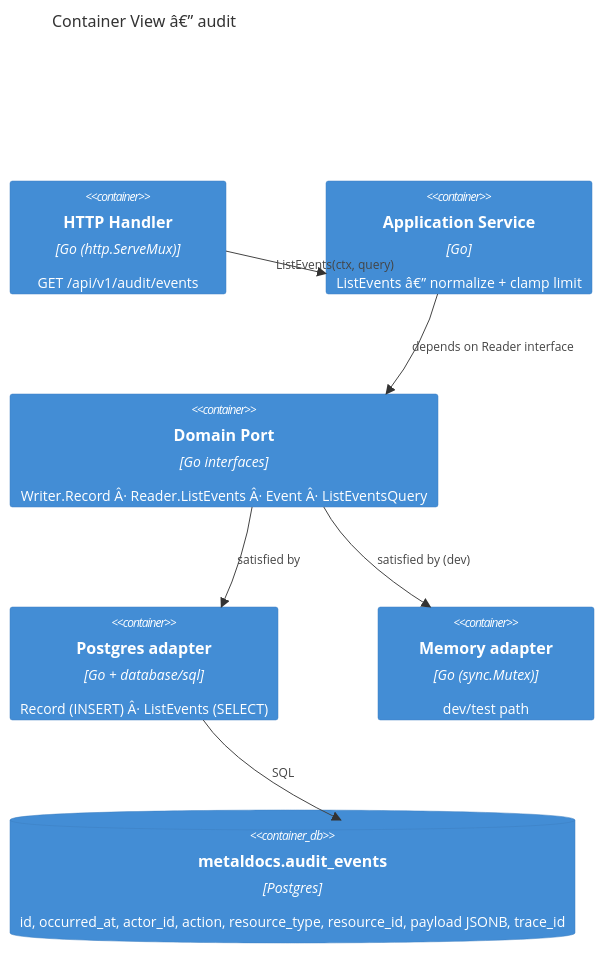
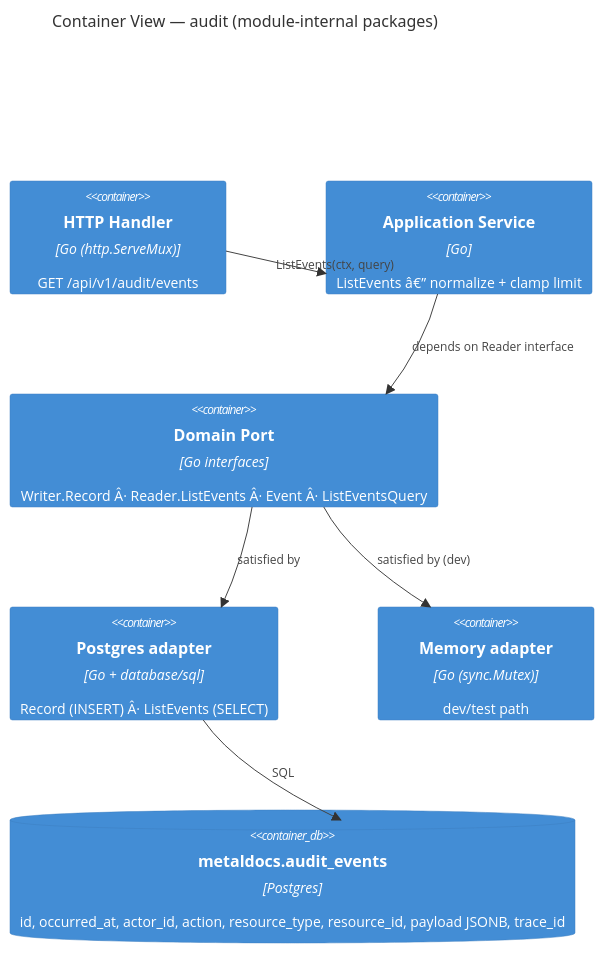
Before and after one commit to developmentconexus-ops/MetalDocs: the second of 5 diagrams in wiki/modules/audit.md, drawn with Mermaid. The commit also changed other lines of this file and 167 other files, not shown here.

````diff
--- a/wiki/modules/audit.md
+++ b/wiki/modules/audit.md
@@ -116,15 +120,15 @@
 ```mermaid
 C4Container
-    title Container View â€” audit
+    title Container View — audit (module-internal packages)
     Container(http, "HTTP Handler", "Go (http.ServeMux)", "GET /api/v1/audit/events")
     Container(svc, "Application Service", "Go", "ListEvents â€” normalize + clamp limit")
     Container(port, "Domain Port", "Go interfaces", "Writer.Record Â· Reader.ListEvents Â· Event Â· ListEventsQuery")
     Container(pgw, "Postgres adapter", "Go + database/sql", "Record (INSERT) Â· ListEvents (SELECT)")
     Container(memw, "Memory adapter", "Go (sync.Mutex)", "dev/test path")
     ContainerDb(db, "metaldocs.audit_events", "Postgres", "id, occurred_at, actor_id, action, resource_type, resource_id, payload JSONB, trace_id")
     Rel(http, svc, "ListEvents(ctx, query)")
     Rel(svc, port, "depends on Reader interface")
     Rel(port, pgw, "satisfied by")
     Rel(port, memw, "satisfied by (dev)")
     Rel(pgw, db, "SQL")
 ```
````
